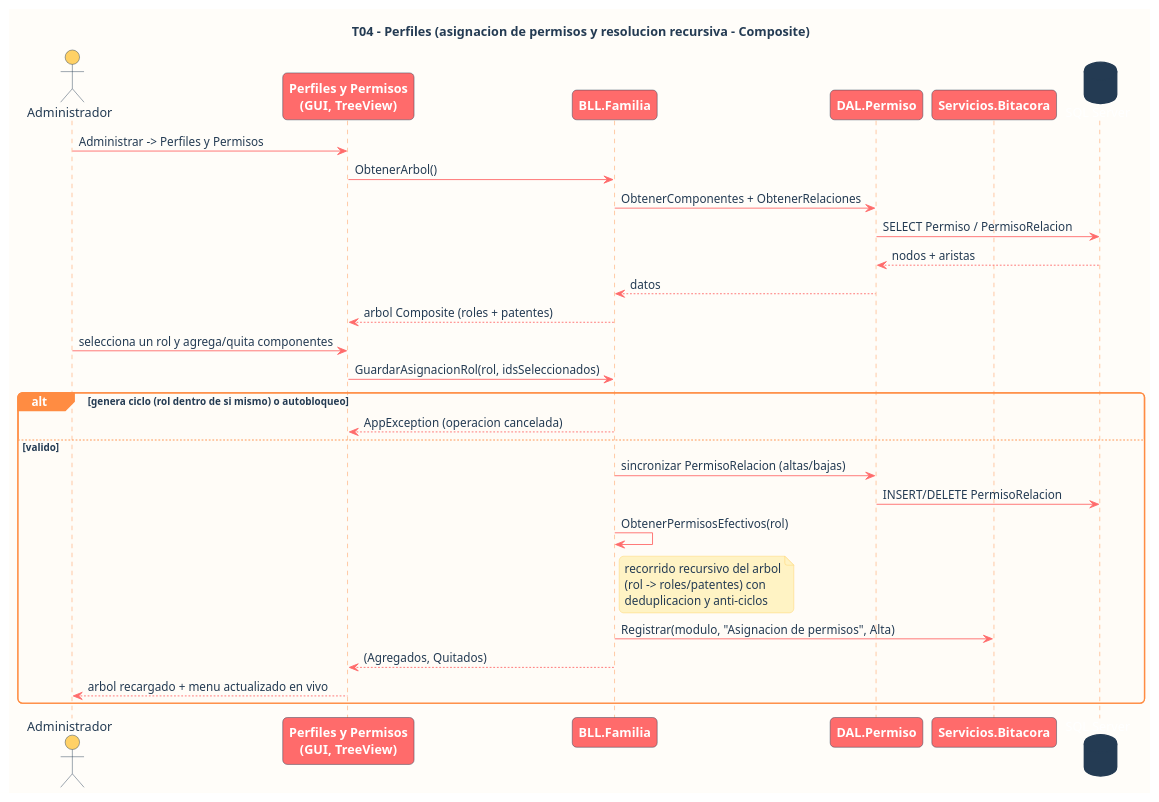
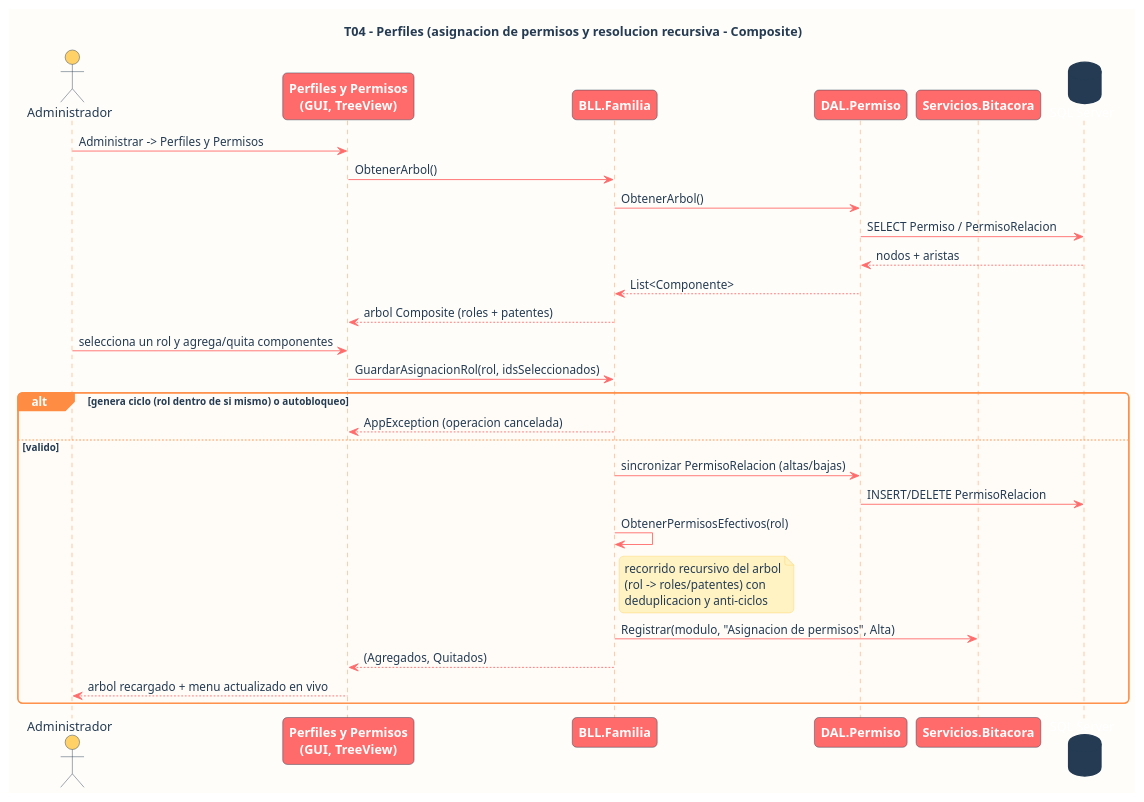
The diagram in DIAGRAMAS/T04 - Perfiles/CU - Secuencia - Perfiles.puml (magalibolivar/ExperienceHub), drawn with PlantUML before and after one commit. The commit also changed 177 other files, not shown here.

```diff
--- a/DIAGRAMAS/T04 - Perfiles/CU - Secuencia - Perfiles.puml
+++ b/DIAGRAMAS/T04 - Perfiles/CU - Secuencia - Perfiles.puml
@@ -1,59 +1,59 @@
 @startuml CU - Secuencia - Perfiles
 ' ===== Estetica SUNSET (identidad ExperienceHub) =====
 skinparam backgroundColor #FFFDF9
 skinparam defaultFontName Segoe UI
 skinparam defaultFontColor #243B53
 skinparam shadowing false
 skinparam roundCorner 10
 skinparam sequenceArrowColor #FF6B6B
 skinparam sequenceLifeLineBorderColor #FF8C42
 skinparam sequenceLifeLineBackgroundColor #FFE8D6
 skinparam sequenceParticipantBorderColor #243B53
 skinparam sequenceParticipantBackgroundColor #FF6B6B
 skinparam sequenceParticipantFontColor #FFFFFF
 skinparam sequenceParticipantFontStyle bold
 skinparam sequenceActorBorderColor #243B53
 skinparam sequenceActorBackgroundColor #FFD166
 skinparam sequenceActorFontColor #243B53
 skinparam sequenceGroupBorderColor #FF8C42
 skinparam sequenceGroupBackgroundColor #FF8C42
 skinparam sequenceGroupHeaderFontColor #FFFFFF
 skinparam sequenceGroupBodyBackgroundColor #FFFCF7
 skinparam noteBackgroundColor #FFF3C4
 skinparam noteBorderColor #FFD166
 skinparam noteFontColor #243B53
 skinparam databaseBackgroundColor #243B53
 skinparam databaseBorderColor #243B53
 skinparam databaseFontColor #FFFFFF
 ' =====================================================
 title T04 - Perfiles (asignacion de permisos y resolucion recursiva - Composite)
 actor "Administrador" as A
 participant "Perfiles y Permisos\n(GUI, TreeView)" as GUI
 participant "BLL.Familia" as BF
 participant "DAL.Permiso" as DP
 participant "Servicios.Bitacora" as BIT
 database "SQL Server" as DB
 
 A -> GUI : Administrar -> Perfiles y Permisos
 GUI -> BF : ObtenerArbol()
-BF -> DP : ObtenerComponentes + ObtenerRelaciones
+BF -> DP : ObtenerArbol()
 DP -> DB : SELECT Permiso / PermisoRelacion
 DB --> DP : nodos + aristas
-DP --> BF : datos
+DP --> BF : List<Componente>
 BF --> GUI : arbol Composite (roles + patentes)
 
 A -> GUI : selecciona un rol y agrega/quita componentes
 GUI -> BF : GuardarAsignacionRol(rol, idsSeleccionados)
 
 alt genera ciclo (rol dentro de si mismo) o autobloqueo
   BF --> GUI : AppException (operacion cancelada)
 else valido
   BF -> DP : sincronizar PermisoRelacion (altas/bajas)
   DP -> DB : INSERT/DELETE PermisoRelacion
   BF -> BF : ObtenerPermisosEfectivos(rol)
   note right of BF : recorrido recursivo del arbol\n(rol -> roles/patentes) con\ndeduplicacion y anti-ciclos
   BF -> BIT : Registrar(modulo, "Asignacion de permisos", Alta)
   BF --> GUI : (Agregados, Quitados)
   GUI --> A : arbol recargado + menu actualizado en vivo
 end
 @enduml
```
